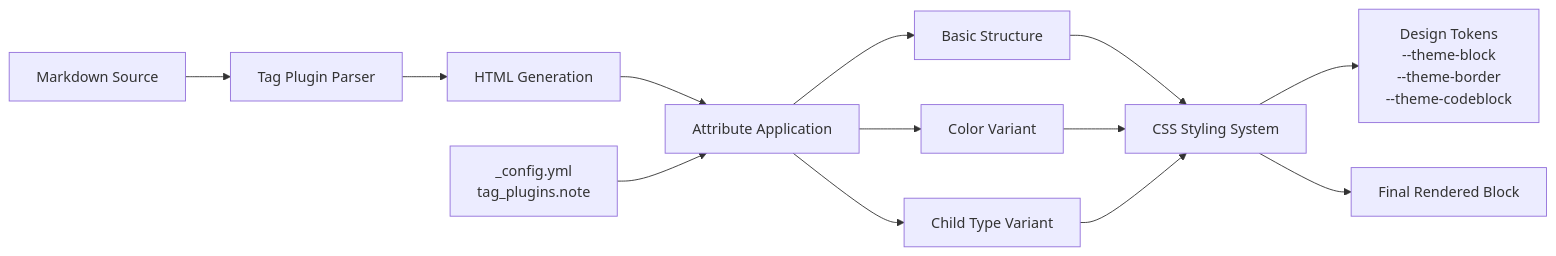
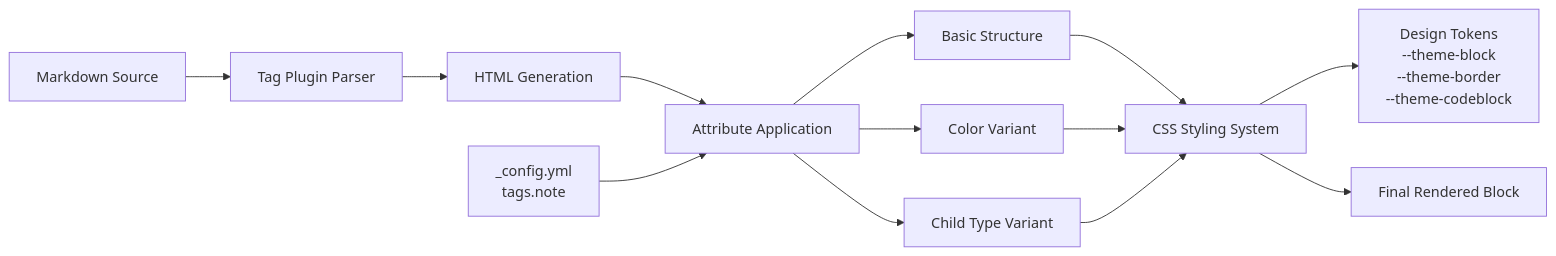
The second of 6 diagrams in docs/knowledge/04-标签插件/note-container-tags.md (xaoxuu/hexo-theme-stellar), drawn with Mermaid before and after one commit. The commit also changed other lines of this file and 861 other files, not shown here.

````diff
--- a/docs/knowledge/04-标签插件/note-container-tags.md
+++ b/docs/knowledge/04-标签插件/note-container-tags.md
@@ -79,19 +79,19 @@
 ```mermaid
 flowchart LR
     MD["Markdown Source"] --> TAG["Tag Plugin Parser"]
     TAG --> HTML["HTML Generation"]
     HTML --> ATTR["Attribute Application"]
     
-    CONFIG["_config.yml<br/>tag_plugins.note"] --> ATTR
+    CONFIG["_config.yml<br/>tags.note"] --> ATTR
     
     ATTR --> BASIC["Basic Structure"]
     ATTR --> COLOR["Color Variant"]
     ATTR --> CHILD["Child Type Variant"]
     
     BASIC --> CSS["CSS Styling System"]
     COLOR --> CSS
     CHILD --> CSS
     
     CSS --> TOKENS["Design Tokens<br/>--theme-block<br/>--theme-border<br/>--theme-codeblock"]
     CSS --> RENDER["Final Rendered Block"]
 ```
````
